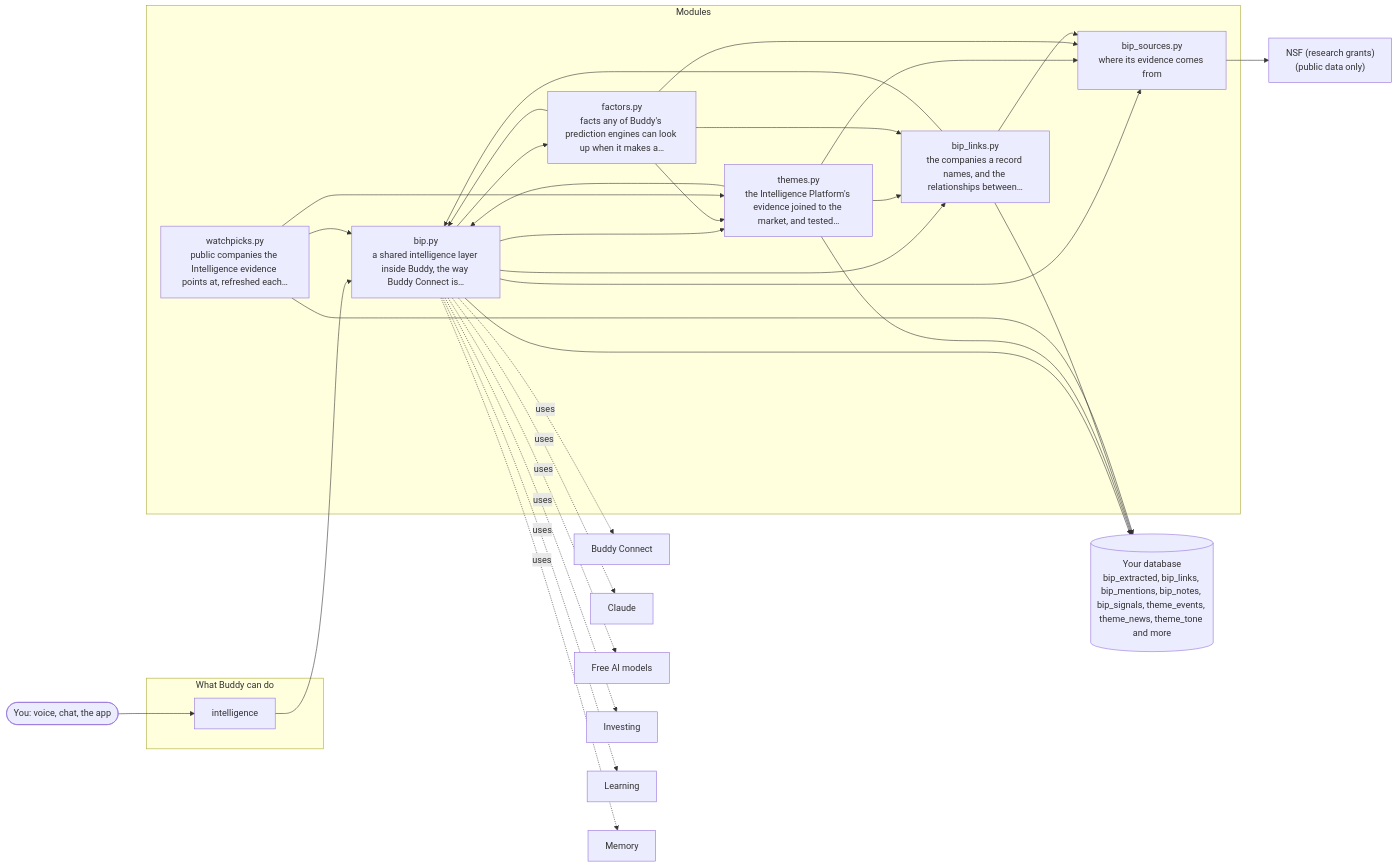
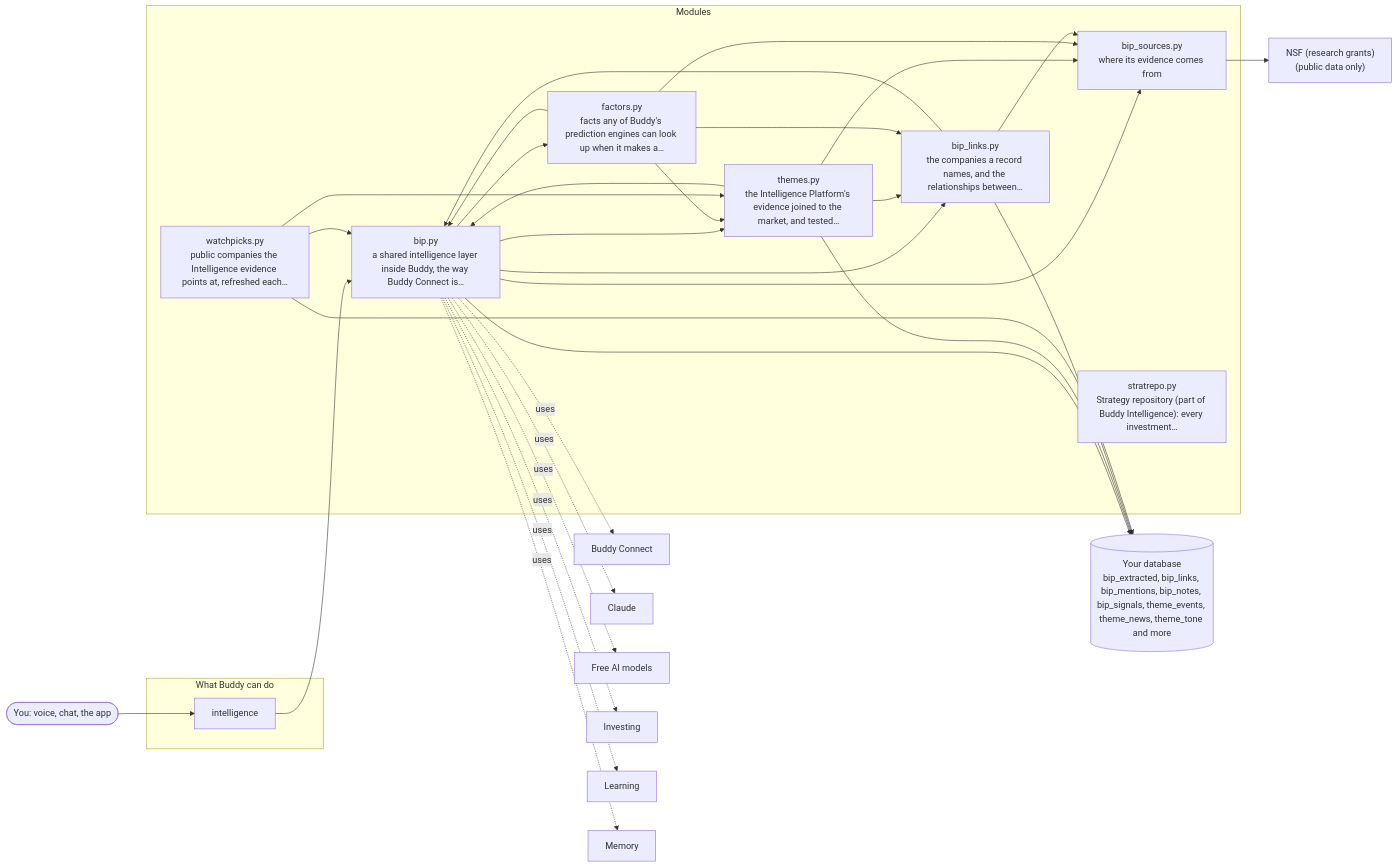
The diagram in docs/architecture/20-buddy-intelligence-platform.md (aneesh304810/BuddyAgent), drawn with Mermaid before and after one commit. The commit also changed other lines of this file and 10 other files, not shown here.

First line of the commit message:
Intelligence: a strategy repository that files, scores and gates every collected investment strategy

````diff
--- a/docs/architecture/20-buddy-intelligence-platform.md
+++ b/docs/architecture/20-buddy-intelligence-platform.md
@@ -7,51 +7,52 @@
 ```mermaid
 flowchart LR
     you(["You: voice, chat, the app"])
     subgraph Tools["What Buddy can do"]
         t_intelligence["intelligence"]
     end
     subgraph Modules["Modules"]
         bip_py["bip.py<br/>a shared intelligence layer inside Buddy, the way Buddy Connect is…"]
         bip_sources_py["bip_sources.py<br/>where its evidence comes from"]
         themes_py["themes.py<br/>the Intelligence Platform's evidence joined to the market, and tested…"]
         factors_py["factors.py<br/>facts any of Buddy's prediction engines can look up when it makes a…"]
         bip_links_py["bip_links.py<br/>the companies a record names, and the relationships between…"]
         watchpicks_py["watchpicks.py<br/>public companies the Intelligence evidence points at, refreshed each…"]
+        stratrepo_py["stratrepo.py<br/>Strategy repository (part of Buddy Intelligence): every investment…"]
     end
     you --> t_intelligence
     t_intelligence --> bip_py
     bip_py --> bip_links_py
     bip_py --> bip_sources_py
     bip_py --> factors_py
     bip_py --> themes_py
     themes_py --> bip_py
     themes_py --> bip_links_py
     themes_py --> bip_sources_py
     factors_py --> bip_py
     factors_py --> bip_links_py
     factors_py --> bip_sources_py
     factors_py --> themes_py
     bip_links_py --> bip_py
     bip_links_py --> bip_sources_py
     watchpicks_py --> bip_py
     watchpicks_py --> themes_py
     db[("Your database<br/>bip_extracted, bip_links, bip_mentions, bip_notes, bip_signals, theme_events, theme_news, theme_tone and more")]
     bip_py --> db
     themes_py --> db
     bip_links_py --> db
     watchpicks_py --> db
     s_nsf["NSF (research grants)<br/>(public data only)"]
     bip_sources_py --> s_nsf
     o_0["Buddy Connect"]
     bip_py -. uses .-> o_0
     o_1["Claude"]
     bip_py -. uses .-> o_1
     o_2["Free AI models"]
     bip_py -. uses .-> o_2
     o_3["Investing"]
     bip_py -. uses .-> o_3
     o_4["Learning"]
     bip_py -. uses .-> o_4
     o_5["Memory"]
     bip_py -. uses .-> o_5
 ```
````
